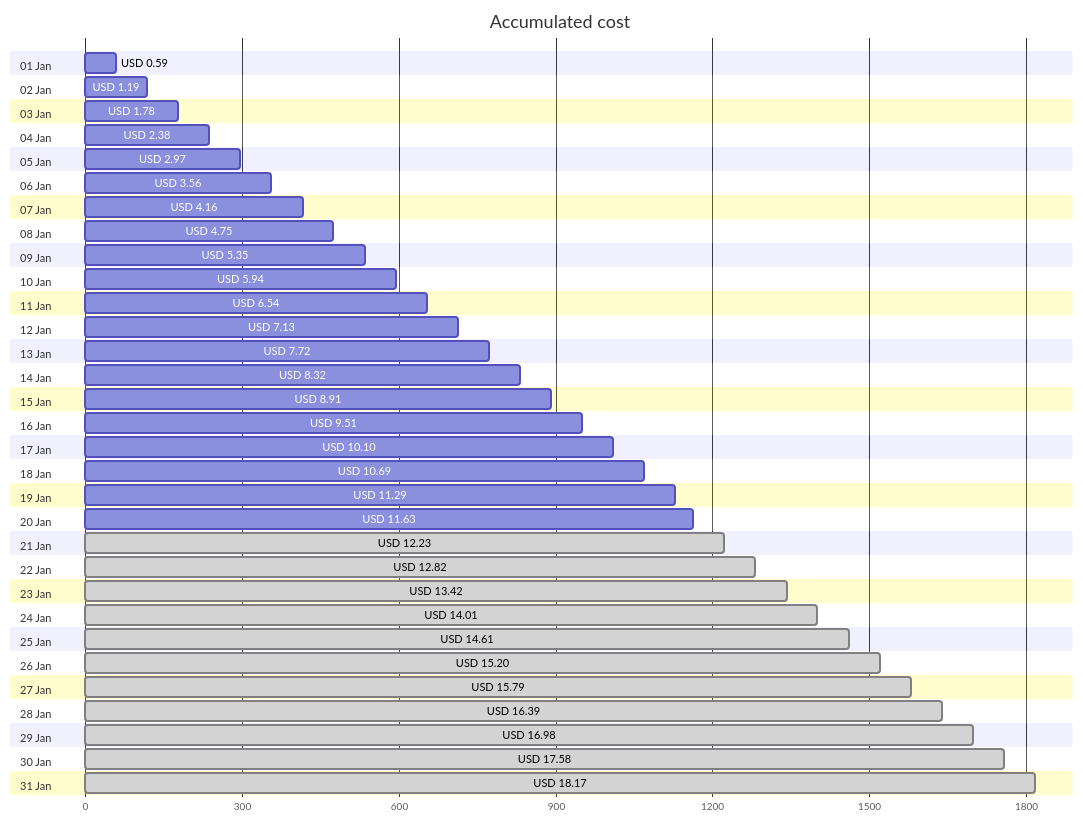
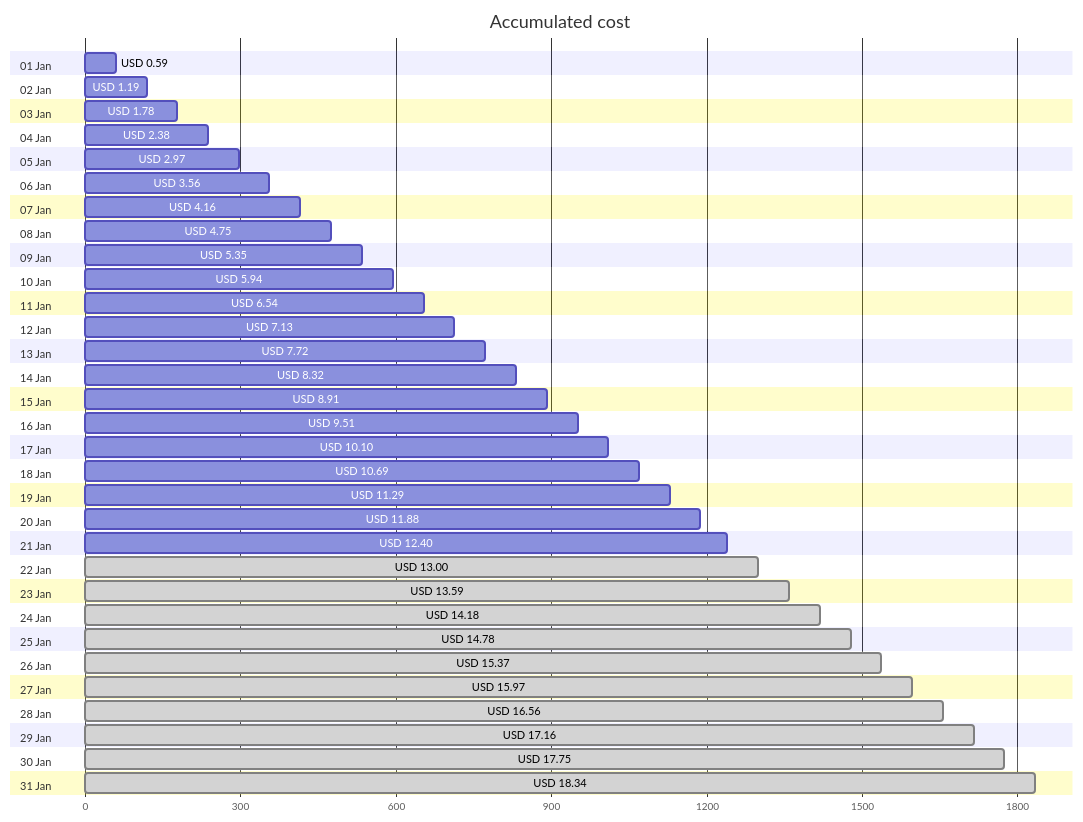
One commit to jpfulton/azure-personal-reports changed the first of 4 diagrams in cost-reports/personal-site/README.md. Above: the diagram before and after it, drawn with Mermaid. The commit also changed other lines of this file and 6 other files, not shown here.

````diff
--- a/cost-reports/personal-site/README.md
+++ b/cost-reports/personal-site/README.md
@@ -20,68 +20,68 @@
 ```mermaid
 gantt
    title Accumulated cost
    dateFormat  X
    axisFormat %s
    section 01 Jan
    USD 0.59 :0, 59
    section 02 Jan
    USD 1.19 :0, 119
    section 03 Jan
    USD 1.78 :0, 178
    section 04 Jan
    USD 2.38 :0, 238
    section 05 Jan
    USD 2.97 :0, 297
    section 06 Jan
    USD 3.56 :0, 356
    section 07 Jan
    USD 4.16 :0, 416
    section 08 Jan
    USD 4.75 :0, 475
    section 09 Jan
    USD 5.35 :0, 535
    section 10 Jan
    USD 5.94 :0, 594
    section 11 Jan
    USD 6.54 :0, 654
    section 12 Jan
    USD 7.13 :0, 713
    section 13 Jan
    USD 7.72 :0, 772
    section 14 Jan
    USD 8.32 :0, 832
    section 15 Jan
    USD 8.91 :0, 891
    section 16 Jan
    USD 9.51 :0, 951
    section 17 Jan
    USD 10.10 :0, 1010
    section 18 Jan
    USD 10.69 :0, 1069
    section 19 Jan
    USD 11.29 :0, 1129
    section 20 Jan
-   USD 11.63 :0, 1163
+   USD 11.88 :0, 1188
    section 21 Jan
-   USD 12.23 : done, 0, 1223
+   USD 12.40 :0, 1240
    section 22 Jan
-   USD 12.82 : done, 0, 1282
+   USD 13.00 : done, 0, 1300
    section 23 Jan
-   USD 13.42 : done, 0, 1342
+   USD 13.59 : done, 0, 1359
    section 24 Jan
-   USD 14.01 : done, 0, 1401
+   USD 14.18 : done, 0, 1418
    section 25 Jan
-   USD 14.61 : done, 0, 1461
+   USD 14.78 : done, 0, 1478
    section 26 Jan
-   USD 15.20 : done, 0, 1520
+   USD 15.37 : done, 0, 1537
    section 27 Jan
-   USD 15.79 : done, 0, 1579
+   USD 15.97 : done, 0, 1597
    section 28 Jan
-   USD 16.39 : done, 0, 1639
+   USD 16.56 : done, 0, 1656
    section 29 Jan
-   USD 16.98 : done, 0, 1698
+   USD 17.16 : done, 0, 1716
    section 30 Jan
-   USD 17.58 : done, 0, 1758
+   USD 17.75 : done, 0, 1775
    section 31 Jan
-   USD 18.17 : done, 0, 1817
+   USD 18.34 : done, 0, 1834
 ```
````
